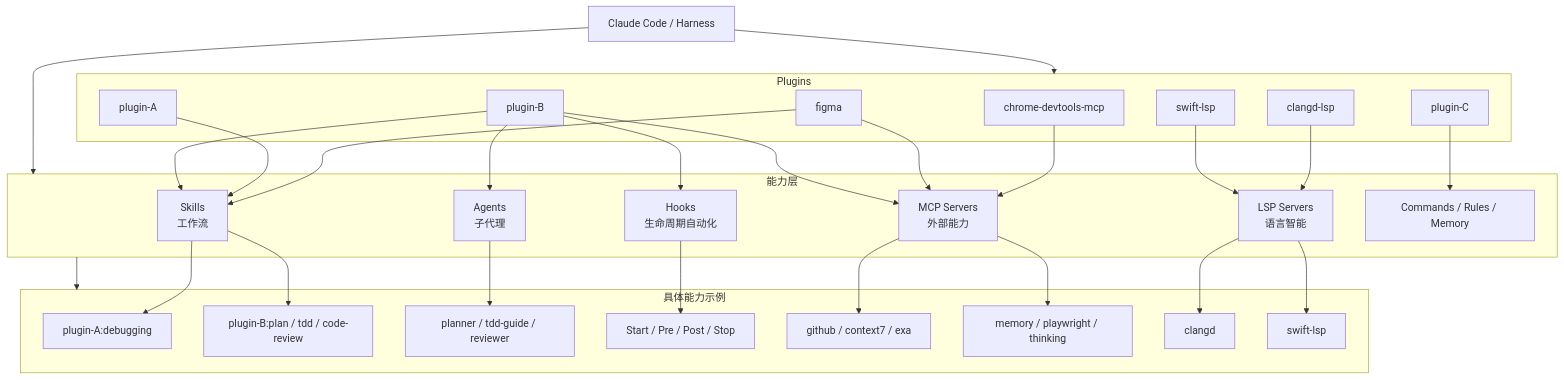
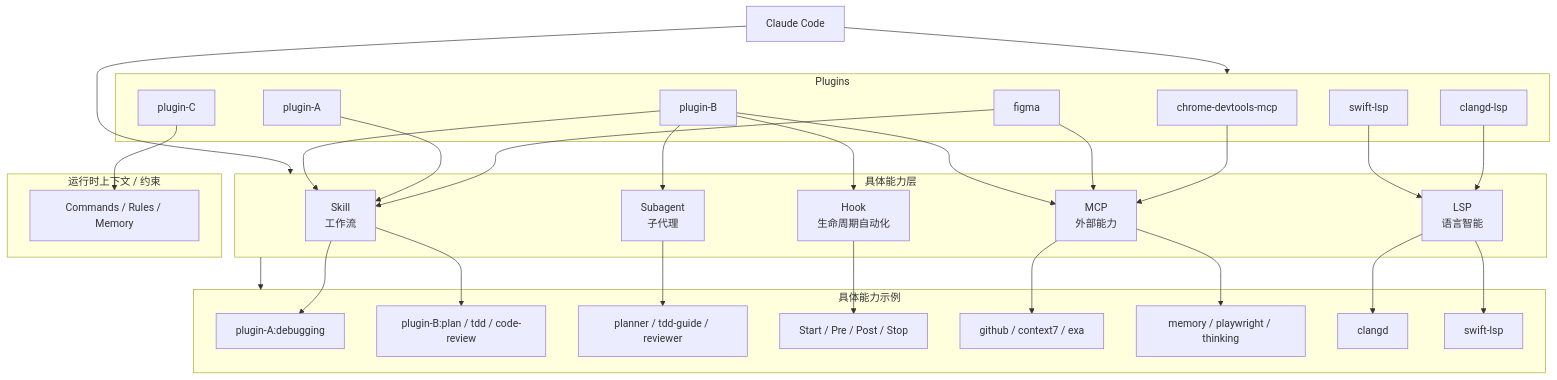
Before and after one commit to boycecong-hue/OCTOPUS-GAME-AI-SHARE: the fifth of 8 diagrams in sections/02-terms.md, drawn with Mermaid. The commit also changed other lines of this file, not shown here.

Commit message:
docs: fix harness execution-layer framing

````diff
--- a/sections/02-terms.md
+++ b/sections/02-terms.md
@@ -205,59 +192,62 @@
 ```mermaid
 flowchart TB
-    CC[Claude Code / Harness]
+    CC[Claude Code]
 
     subgraph Plugins[Plugins]
         P1[chrome-devtools-mcp]
         P2[figma]
         P3[plugin-A]
         P4[plugin-B]
         P5[clangd-lsp]
         P6[swift-lsp]
         P7[plugin-C]
     end
 
-    subgraph CapabilityLayers[能力层]
-        S[Skills\n工作流]
-        AG[Agents\n子代理]
-        HK[Hooks\n生命周期自动化]
-        MCP[MCP Servers\n外部能力]
-        LSP[LSP Servers\n语言智能]
+    subgraph CapabilityLayers[具体能力层]
+        S[Skill\n工作流]
+        AG[Subagent\n子代理]
+        HK[Hook\n生命周期自动化]
+        MCP[MCP\n外部能力]
+        LSP[LSP\n语言智能]
+    end
+
+    subgraph RuntimeContext[运行时上下文 / 约束]
         CMD[Commands / Rules / Memory]
     end
 
     subgraph ConcreteExamples[具体能力示例]
         S1[plugin-A:debugging]
         S2[plugin-B:plan / tdd / code-review]
         A1[planner / tdd-guide / reviewer]
         H1[Start / Pre / Post / Stop]
         M1[github / context7 / exa]
         M2[memory / playwright / thinking]
         L1[clangd]
         L2[swift-lsp]
     end
 
     CC --> Plugins
     CC --> CapabilityLayers
     CapabilityLayers --> ConcreteExamples
 
     P1 --> MCP
     P2 --> MCP
     P2 --> S
     P3 --> S
     P4 --> S
     P4 --> AG
     P4 --> HK
     P4 --> MCP
     P5 --> LSP
     P6 --> LSP
     P7 --> CMD
 
     S --> S1
     S --> S2
     AG --> A1
     HK --> H1
     MCP --> M1
     MCP --> M2
     LSP --> L1
     LSP --> L2
 ```
````
